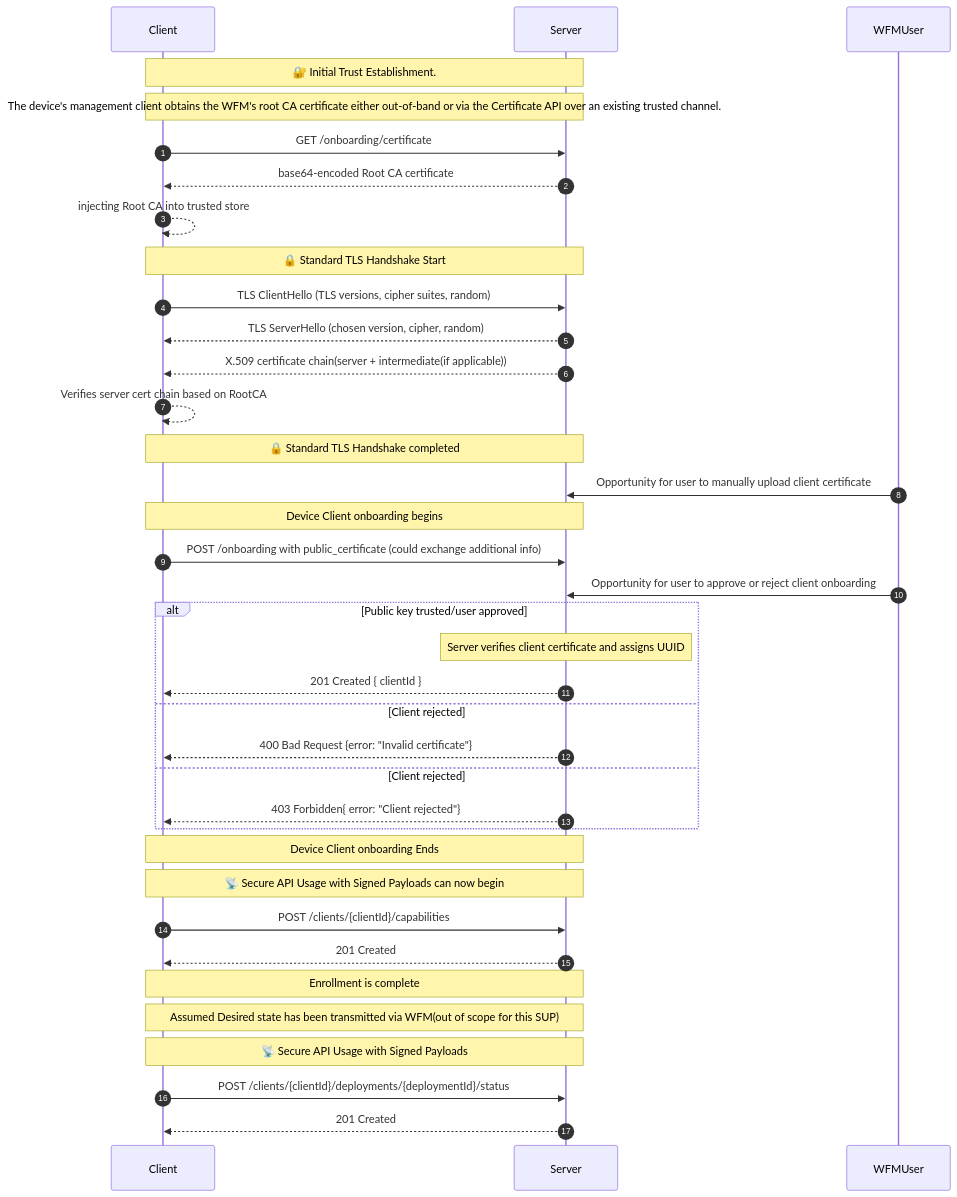
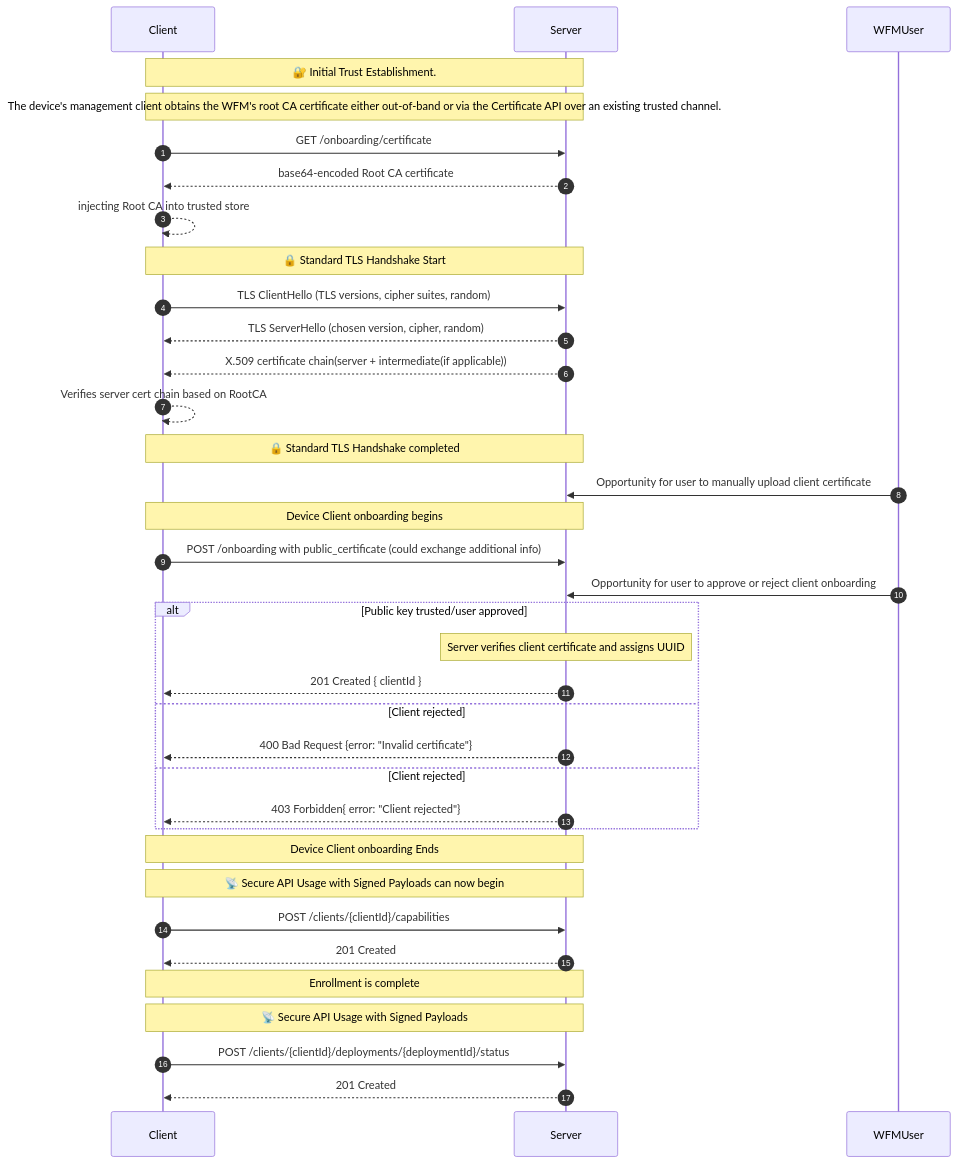
One commit to margo/specification changed the diagram in system-design/specification/margo-management-interface/device-onboarding.md. Above: the diagram before and after it, drawn with Mermaid. The commit also changed other lines of this file and 1 other file, not shown here.

Commit message:
Updates based on recent review Signed-off-by: Armand Craig <ajcraig@ra.rockwell.com>

````diff
--- a/system-design/specification/margo-management-interface/device-onboarding.md
+++ b/system-design/specification/margo-management-interface/device-onboarding.md
@@ -17,43 +17,41 @@
 ```mermaid
 sequenceDiagram
     autonumber
     participant Client
     participant Server
 
     Note over Client,Server: 🔐 Initial Trust Establishment. 
     Note over Client,Server: The device's management client obtains the WFM's root CA certificate either out-of-band or via the Certificate API over an existing trusted channel.
     Client->>Server: GET /onboarding/certificate
     Server-->>Client: base64-encoded Root CA certificate
     Client-->>Client: injecting Root CA into trusted store
 
     Note over Client,Server: 🔒 Standard TLS Handshake Start
     Client->>Server: TLS ClientHello (TLS versions, cipher suites, random)
     Server-->>Client: TLS ServerHello (chosen version, cipher, random)
     Server-->>Client: X.509 certificate chain(server + intermediate(if applicable))
     Client-->>Client: Verifies server cert chain based on RootCA
     Note over Client,Server: 🔒 Standard TLS Handshake completed
     WFMUser->>Server: Opportunity for user to manually upload client certificate
     Note over Client,Server: Device Client onboarding begins
     Client->>Server: POST /onboarding with public_certificate (could exchange additional info)
     WFMUser->>Server: Opportunity for user to approve or reject client onboarding
     alt Public key trusted/user approved
         Note over Server: Server verifies client certificate and assigns UUID
         Server-->>Client: 201 Created { clientId }
     else Client rejected
         Server-->>Client: 400 Bad Request {error: "Invalid certificate"}
     else Client rejected
         Server-->>Client: 403 Forbidden{ error: "Client rejected"}
     end
 
     Note over Client,Server: Device Client onboarding Ends
     Note over Client,Server: 📡 Secure API Usage with Signed Payloads can now begin
 
     Client->>Server: POST /clients/{clientId}/capabilities
     Server-->>Client: 201 Created
     Note over Client,Server: Enrollment is complete
-
-    Note over Client,Server: Assumed Desired state has been transmitted via WFM(out of scope for this SUP)
     Note over Client,Server: 📡 Secure API Usage with Signed Payloads
     Client->>Server: POST /clients/{clientId}/deployments/{deploymentId}/status
     Server-->>Client: 201 Created
 ```
````
